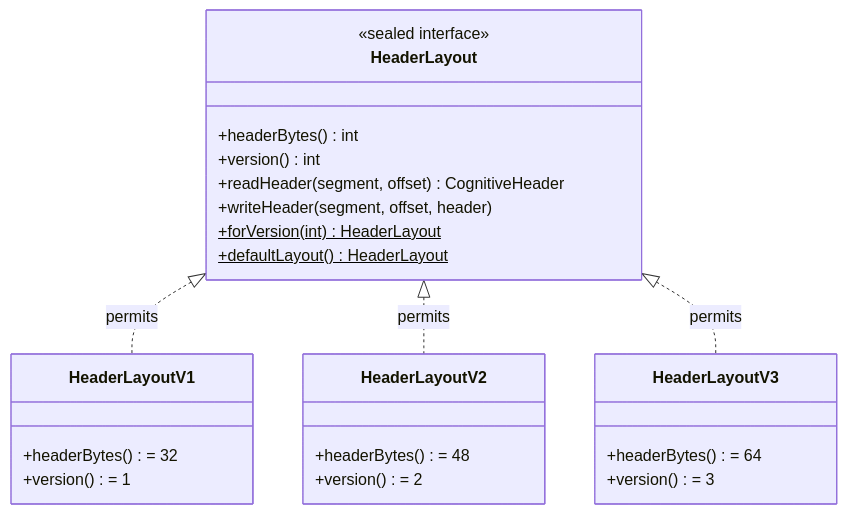
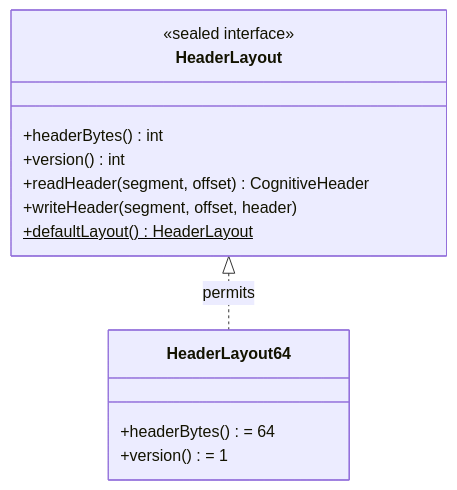
Before and after one commit to spectrayan/spector-search: the diagram in docs/docs/memory/synapse.md, drawn with Mermaid. The commit also changed other lines of this file and 13 other files, not shown here.

First line of the commit message:
docs: rename HeaderLayoutV3 → HeaderLayout64, purge V1/V2/V3 versioning from docs

````diff
--- a/docs/docs/memory/synapse.md
+++ b/docs/docs/memory/synapse.md
@@ -18,29 +18,18 @@
 ```mermaid
 classDiagram
     class HeaderLayout {
         <<sealed interface>>
         +headerBytes() int
         +version() int
         +readHeader(segment, offset) CognitiveHeader
         +writeHeader(segment, offset, header)
-        +forVersion(int) HeaderLayout$
         +defaultLayout() HeaderLayout$
     }
     
-    class HeaderLayoutV1 {
-        +headerBytes() = 32
+    class HeaderLayout64 {
+        +headerBytes() = 64
         +version() = 1
     }
-    class HeaderLayoutV2 {
-        +headerBytes() = 48
-        +version() = 2
-    }
-    class HeaderLayoutV3 {
-        +headerBytes() = 64
-        +version() = 3
-    }
     
-    HeaderLayout <|.. HeaderLayoutV1 : permits
-    HeaderLayout <|.. HeaderLayoutV2 : permits
-    HeaderLayout <|.. HeaderLayoutV3 : permits
+    HeaderLayout <|.. HeaderLayout64 : permits
 ```
````
